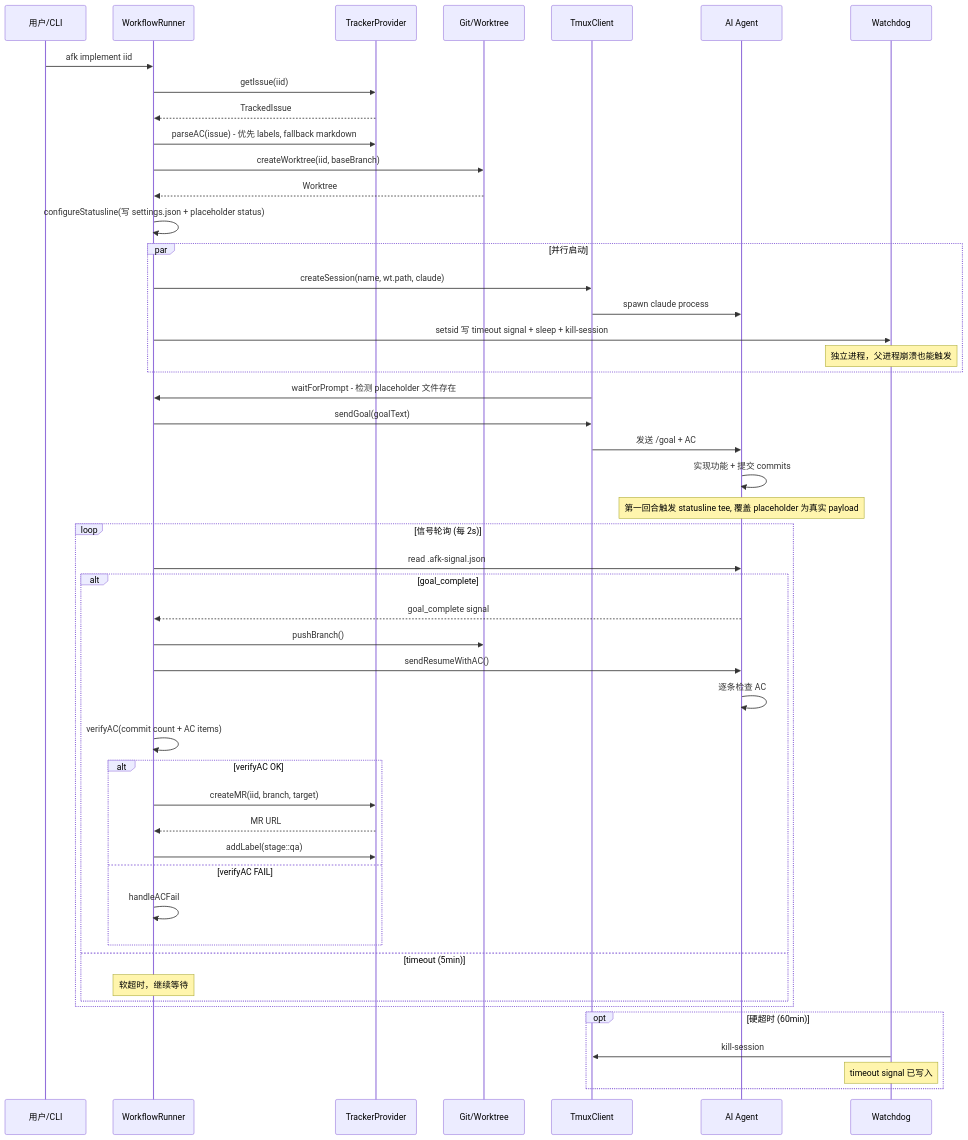
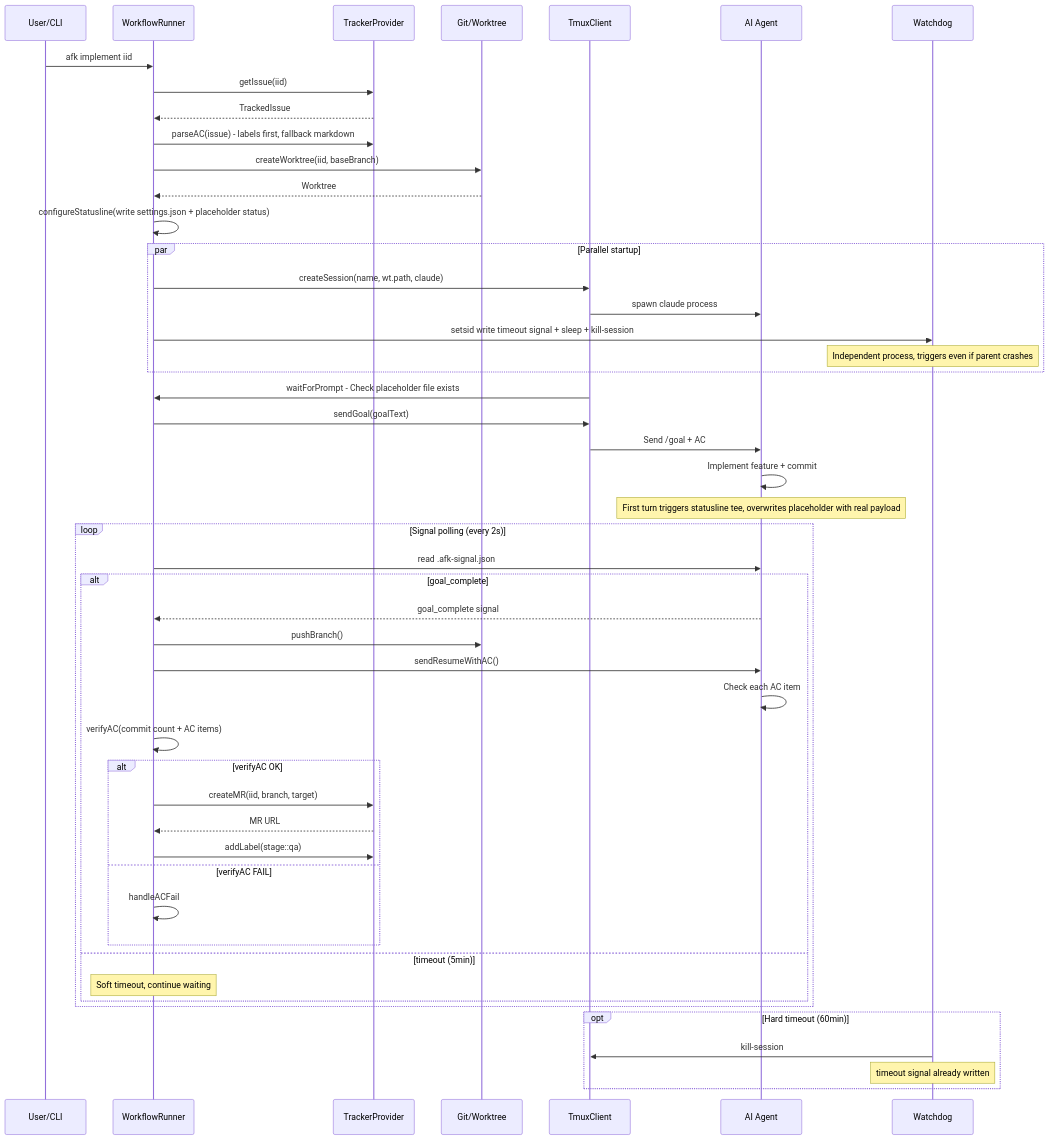
Before and after one commit to easyhaloo/afk: the seventh of 11 diagrams in docs/ARCHITECTURE.md, drawn with Mermaid. The commit also changed other lines of this file, not shown here.

Commit message:
docs: add English ARCHITECTURE.md

````diff
--- a/docs/ARCHITECTURE.md
+++ b/docs/ARCHITECTURE.md
@@ -385,59 +385,59 @@
 ```mermaid
 sequenceDiagram
-    participant U as 用户/CLI
+    participant U as User/CLI
     participant W as WorkflowRunner
     participant T as TrackerProvider
     participant G as Git/Worktree
     participant M as TmuxClient
     participant A as AI Agent
     participant Wd as Watchdog
 
     U->>W: afk implement iid
     W->>T: getIssue(iid)
     T-->>W: TrackedIssue
-    W->>T: parseAC(issue) - 优先 labels, fallback markdown
+    W->>T: parseAC(issue) - labels first, fallback markdown
 
     W->>G: createWorktree(iid, baseBranch)
     G-->>W: Worktree
 
-    W->>W: configureStatusline(写 settings.json + placeholder status)
+    W->>W: configureStatusline(write settings.json + placeholder status)
 
-    par 并行启动
+    par Parallel startup
         W->>M: createSession(name, wt.path, claude)
         M->>A: spawn claude process
-        W->>Wd: setsid 写 timeout signal + sleep + kill-session
-        Note over Wd: 独立进程，父进程崩溃也能触发
+        W->>Wd: setsid write timeout signal + sleep + kill-session
+        Note over Wd: Independent process, triggers even if parent crashes
     end
 
-    M->>W: waitForPrompt - 检测 placeholder 文件存在
+    M->>W: waitForPrompt - Check placeholder file exists
     W->>M: sendGoal(goalText)
-    M->>A: 发送 /goal + AC
+    M->>A: Send /goal + AC
 
-    A->>A: 实现功能 + 提交 commits
-    Note over A: 第一回合触发 statusline tee, 覆盖 placeholder 为真实 payload
+    A->>A: Implement feature + commit
+    Note over A: First turn triggers statusline tee, overwrites placeholder with real payload
 
-    loop 信号轮询 (每 2s)
+    loop Signal polling (every 2s)
         W->>A: read .afk-signal.json
         alt goal_complete
             A-->>W: goal_complete signal
             W->>G: pushBranch()
             W->>A: sendResumeWithAC()
-            A->>A: 逐条检查 AC
+            A->>A: Check each AC item
             W->>W: verifyAC(commit count + AC items)
             alt verifyAC OK
                 W->>T: createMR(iid, branch, target)
                 T-->>W: MR URL
                 W->>T: addLabel(stage::qa)
             else verifyAC FAIL
                 W->>W: handleACFail
             end
         else timeout (5min)
-            Note over W: 软超时，继续等待
+            Note over W: Soft timeout, continue waiting
         end
     end
 
-    opt 硬超时 (60min)
+    opt Hard timeout (60min)
         Wd->>M: kill-session
-        Note over Wd: timeout signal 已写入
+        Note over Wd: timeout signal already written
     end
 ```
````
